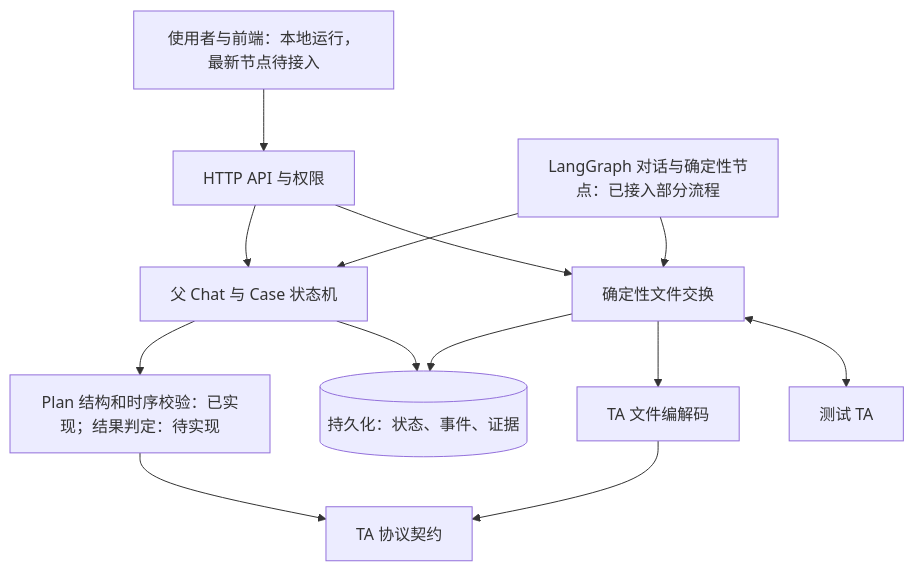
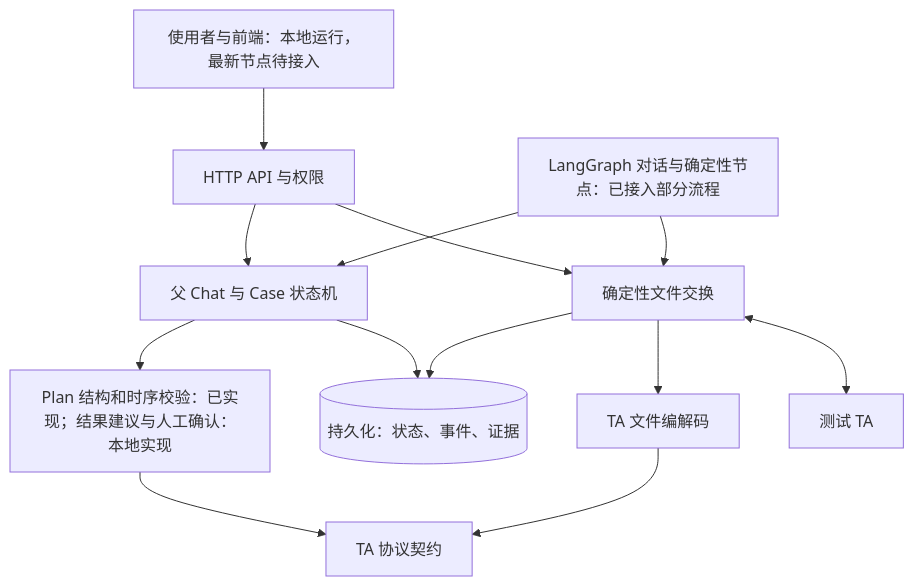
The first of 3 diagrams in docs/Case全流程设计.md (yqsota666/TA-case-test-Agent), drawn with Mermaid before and after one commit. The commit also changed other lines of this file and 11 other files, not shown here.

````diff
--- a/docs/Case全流程设计.md
+++ b/docs/Case全流程设计.md
@@ -13,15 +13,15 @@
 ```mermaid
 flowchart TB
   UI[使用者与前端：本地运行，最新节点待接入] --> API[HTTP API 与权限]
   API --> CASE[父 Chat 与 Case 状态机]
   API --> EX[确定性文件交换]
   AGENT[LangGraph 对话与确定性节点：已接入部分流程] --> CASE
   AGENT --> EX
-  CASE --> RULE[Plan 结构和时序校验：已实现；结果判定：待实现]
+  CASE --> RULE[Plan 结构和时序校验：已实现；结果建议与人工确认：本地实现]
   CASE --> DB[(持久化：状态、事件、证据)]
   EX --> DB
   RULE --> CONTRACT[TA 协议契约]
   EX --> CODEC[TA 文件编解码]
   CODEC --> CONTRACT
   EX <--> TA[测试 TA]
 ```
````
